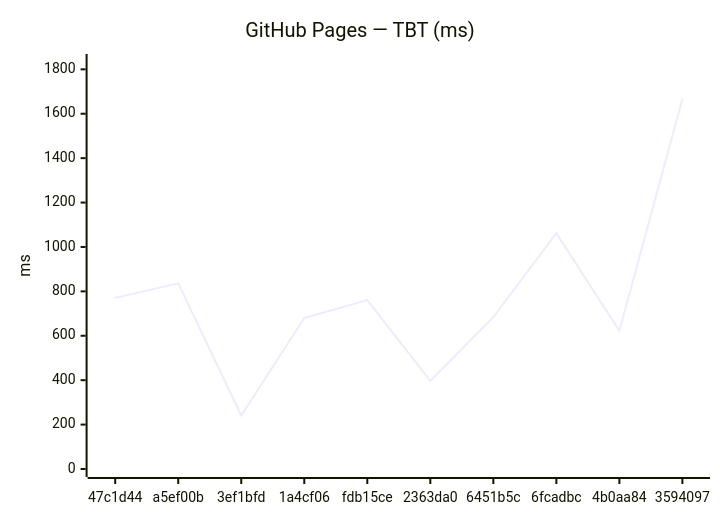
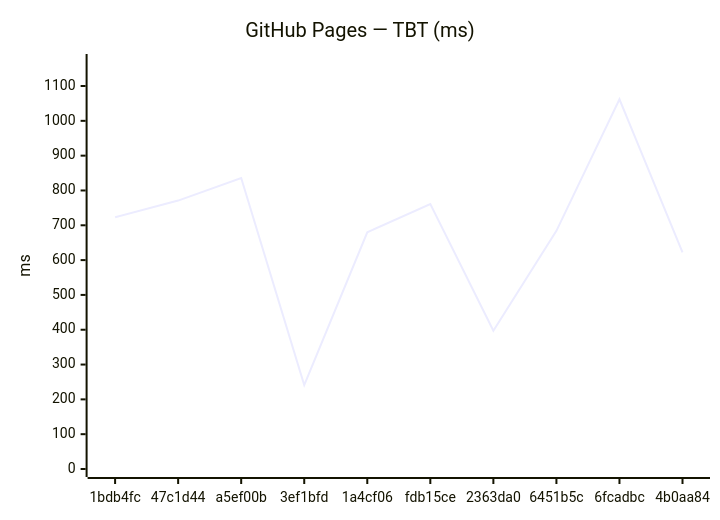
Before and after one commit to Metaheurist/Rianell: the fourth of 12 diagrams in benchmarks/compare.md, drawn with Mermaid. The commit also changed other lines of this file and 8 other files, not shown here.

````diff
--- a/benchmarks/compare.md
+++ b/benchmarks/compare.md
@@ -61,7 +61,7 @@
 ```mermaid
 xychart-beta
     title "GitHub Pages — TBT (ms)"
-    x-axis ["47c1d44", "a5ef00b", "3ef1bfd", "1a4cf06", "fdb15ce", "2363da0", "6451b5c", "6fcadbc", "4b0aa84", "3594097"]
-    y-axis "ms" 0 --> 1833
-    line [771, 836, 241, 680, 761, 397, 684, 1062, 622, 1666]
+    x-axis ["1bdb4fc", "47c1d44", "a5ef00b", "3ef1bfd", "1a4cf06", "fdb15ce", "2363da0", "6451b5c", "6fcadbc", "4b0aa84"]
+    y-axis "ms" 0 --> 1169
+    line [723, 771, 836, 241, 680, 761, 397, 684, 1062, 622]
 ```
````
